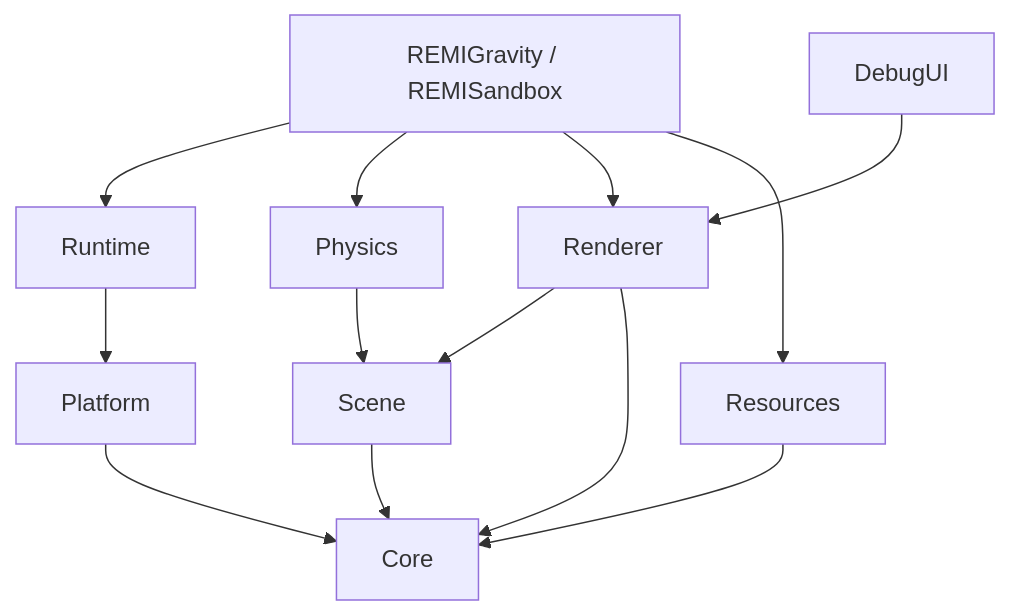
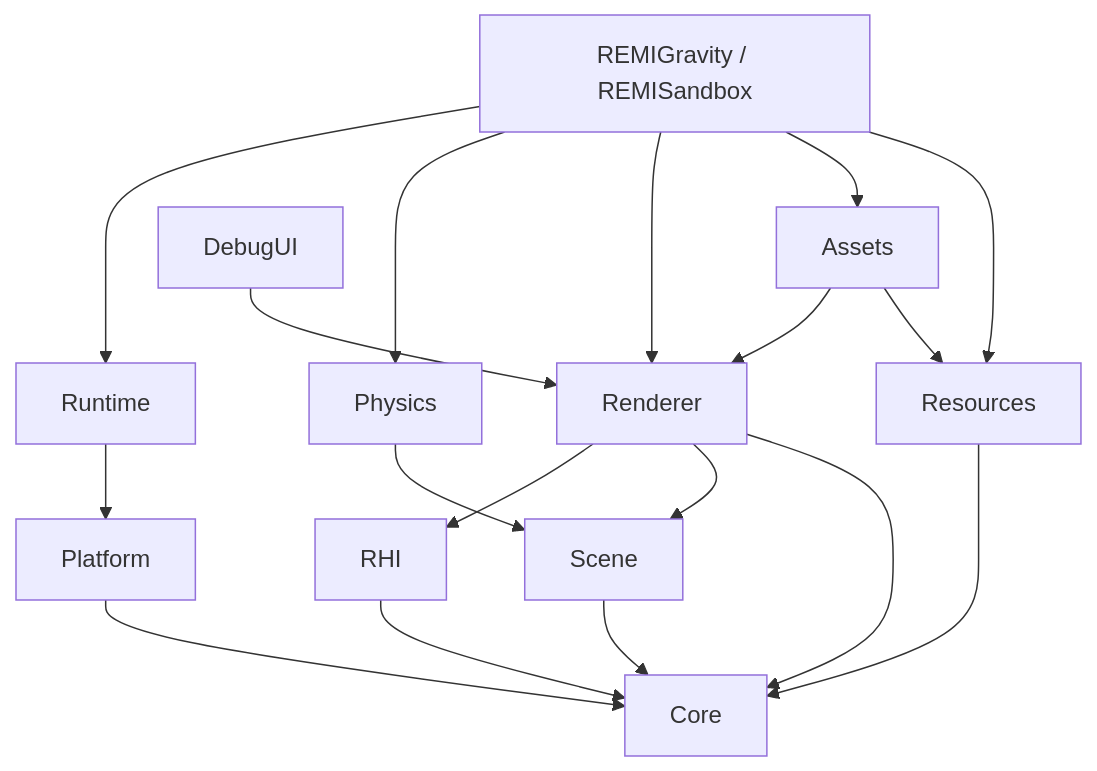
One commit to blyuu/REMI changed the diagram in docs/Architecture.md. Above: the diagram before and after it, drawn with Mermaid. The commit also changed other lines of this file and 58 other files, not shown here.

````diff
--- a/docs/Architecture.md
+++ b/docs/Architecture.md
@@ -7,15 +7,20 @@
 ```mermaid
 flowchart TD
     Game[REMIGravity / REMISandbox] --> Runtime
     Game --> Physics
     Game --> Renderer
+    Game --> Assets
+    Assets --> Renderer
+    Assets --> Resources
+    Renderer --> RHI
     Game --> Resources
     Runtime --> Platform
     Platform --> Core
     Physics --> Scene
     Renderer --> Scene
     Renderer --> Core
     Resources --> Core
+    RHI --> Core
     Scene --> Core
     DebugUI --> Renderer
 ```
````
